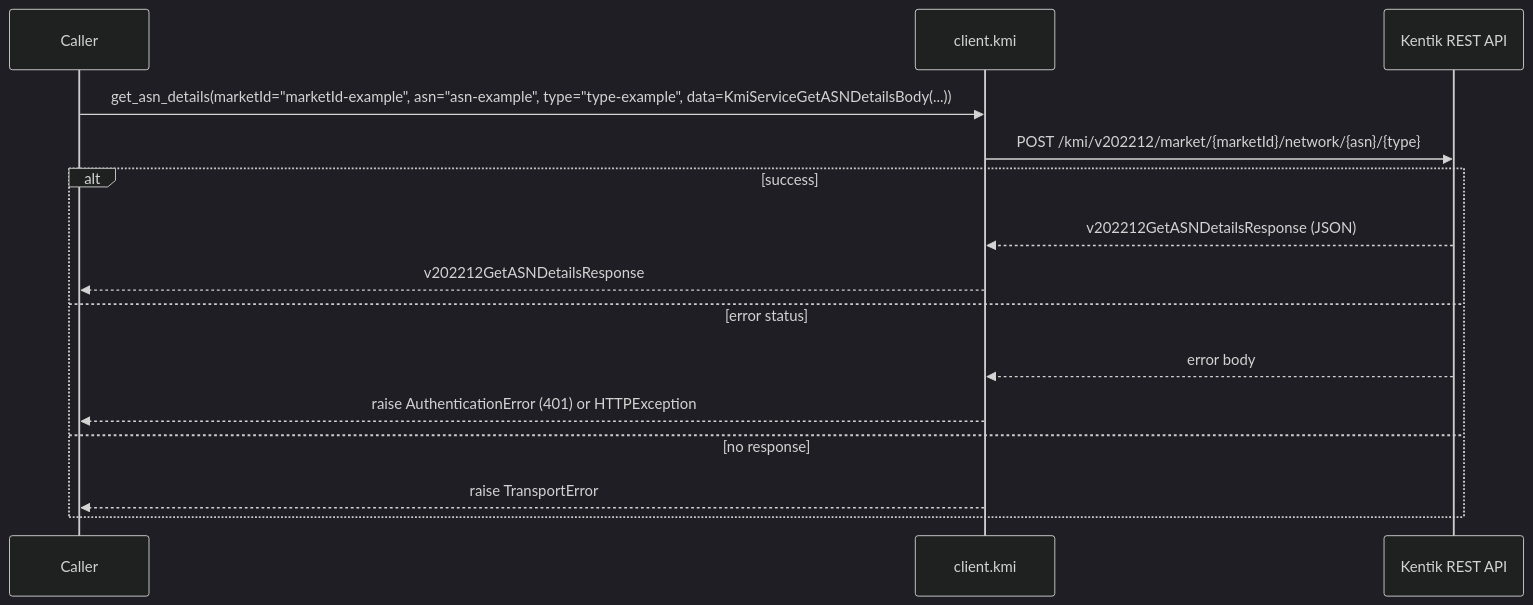
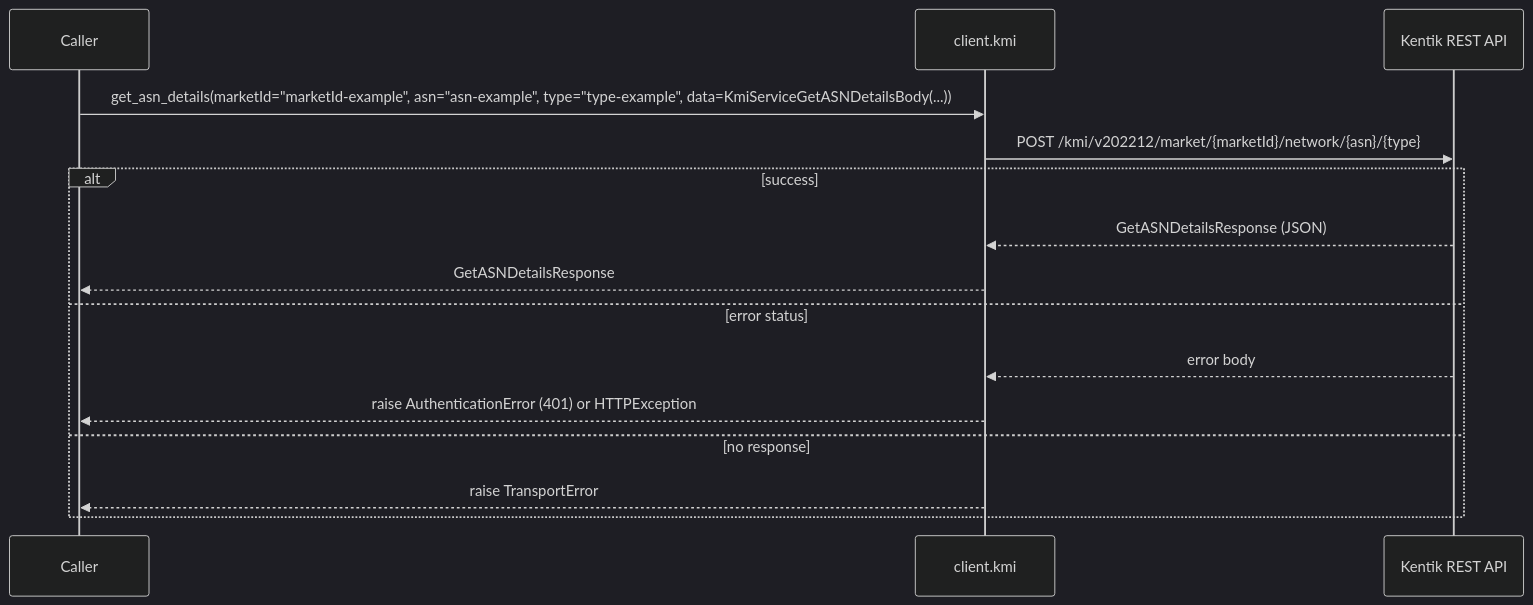
The sixth of 12 diagrams in docs/sphinx/services/kmi.md (alexdearaujo/community_sdk_python), drawn with Mermaid (dark theme) before and after one commit. The commit also changed other lines of this file and 38 other files, not shown here.

````diff
--- a/docs/sphinx/services/kmi.md
+++ b/docs/sphinx/services/kmi.md
@@ -199,18 +199,18 @@
 ```mermaid
 sequenceDiagram
     participant C as Caller
     participant W as client.kmi
     participant API as Kentik REST API
 
     C->>W: get_asn_details(marketId="marketId-example", asn="asn-example", type="type-example", data=KmiServiceGetASNDetailsBody(...))
     W->>API: POST /kmi/v202212/market/{marketId}/network/{asn}/{type}
     alt success
-        API-->>W: v202212GetASNDetailsResponse (JSON)
-        W-->>C: v202212GetASNDetailsResponse
+        API-->>W: GetASNDetailsResponse (JSON)
+        W-->>C: GetASNDetailsResponse
     else error status
         API-->>W: error body
         W-->>C: raise AuthenticationError (401) or HTTPException
     else no response
         W-->>C: raise TransportError
     end
 ```
````
